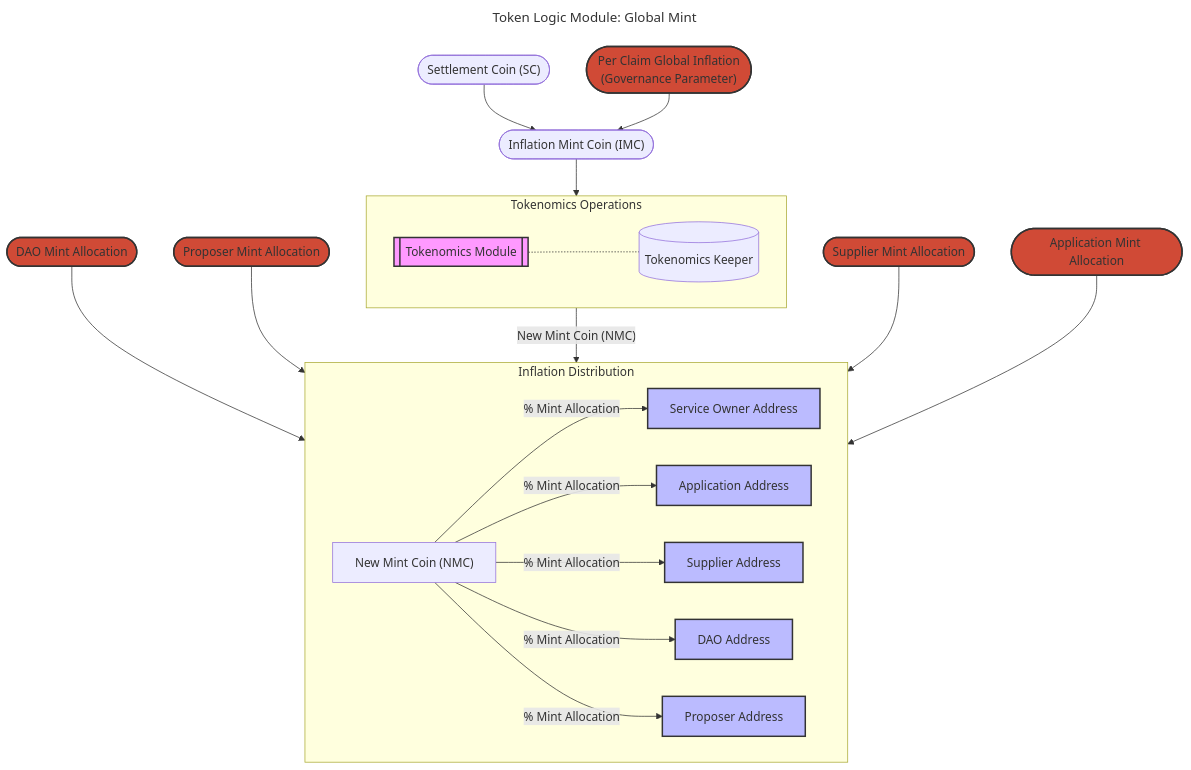
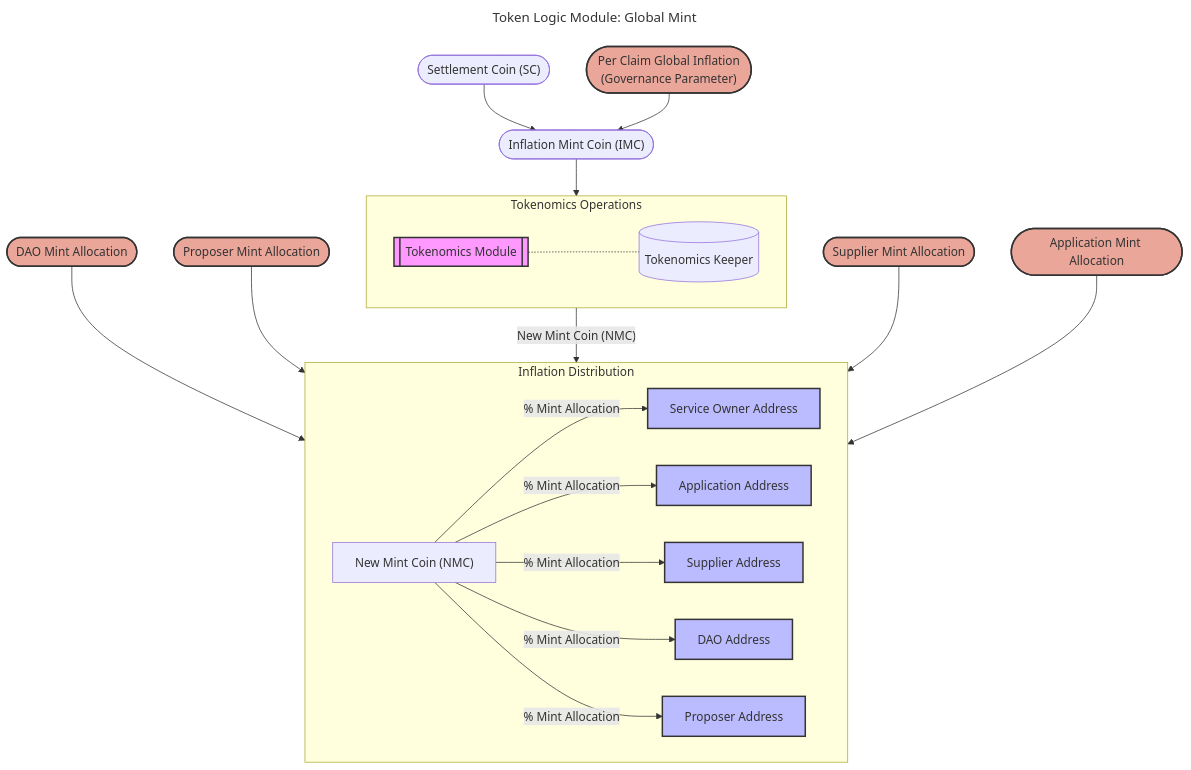
The third of 4 diagrams in docusaurus/docs/protocol/tokenomics/token_logic_modules.md (pokt-network/poktroll), drawn with Mermaid before and after one commit.

````diff
--- a/docusaurus/docs/protocol/tokenomics/token_logic_modules.md
+++ b/docusaurus/docs/protocol/tokenomics/token_logic_modules.md
@@ -178,58 +178,58 @@
 ```mermaid
 ---
 title: "Token Logic Module: Global Mint"
 ---
 flowchart TD
     SC(["Settlement Coin (SC)"])
     PCI(["Per Claim Global Inflation <br> (Governance Parameter)"])
     IMC(["Inflation Mint Coin (IMC)"])
 
     DA(["DAO Mint Allocation"])
     PA(["Proposer Mint Allocation"])
     SA(["Supplier Mint Allocation"])
     SOA(["Source Owner Mint Allocation"])
     AA(["Application Mint Allocation"])
 
 
     SC --> IMC
     PCI --> IMC
     IMC --> TO
 
     subgraph TO[Tokenomics Operations]
         TM[[Tokenomics Module]]
         TK[(Tokenomics Keeper)]
         TM -..- TK
     end
 
 
     DA --> ID
     PA --> ID
     TO -- New Mint Coin (NMC)--> ID
     SA --> ID
     AA --> ID
 
     subgraph ID[Inflation Distribution]
         NMC["New Mint Coin (NMC)"]
         APPA["Application Address"]
         SPPA["Supplier Address"]
         DAOA["DAO Address"]
         SOA["Service Owner Address"]
         PRA["Proposer Address"]
 
         NMC -->|% Mint Allocation| APPA
         NMC -->|% Mint Allocation| SPPA
         NMC -->|% Mint Allocation| DAOA
         NMC -->|% Mint Allocation| SOA
         NMC -->|% Mint Allocation| PRA
     end
 
     classDef module fill:#f9f,stroke:#333,stroke-width:2px;
     classDef address fill:#bbf,stroke:#333,stroke-width:2px;
     classDef question fill:#e3db6d,stroke:#333,stroke-width:2px;
-    classDef govparam fill:#d04a36,stroke:#333,stroke-width:2px;
+    classDef govparam fill:#eba69a,stroke:#333,stroke-width:2px;
     classDef event fill:#e8b761,stroke:#333,stroke-width:2px;
 
     class TM module;
     class PCI,DA,PA,SA,AA govparam;
     class APPA,SPPA,DAOA,SOA,PRA address;
 ```
````
